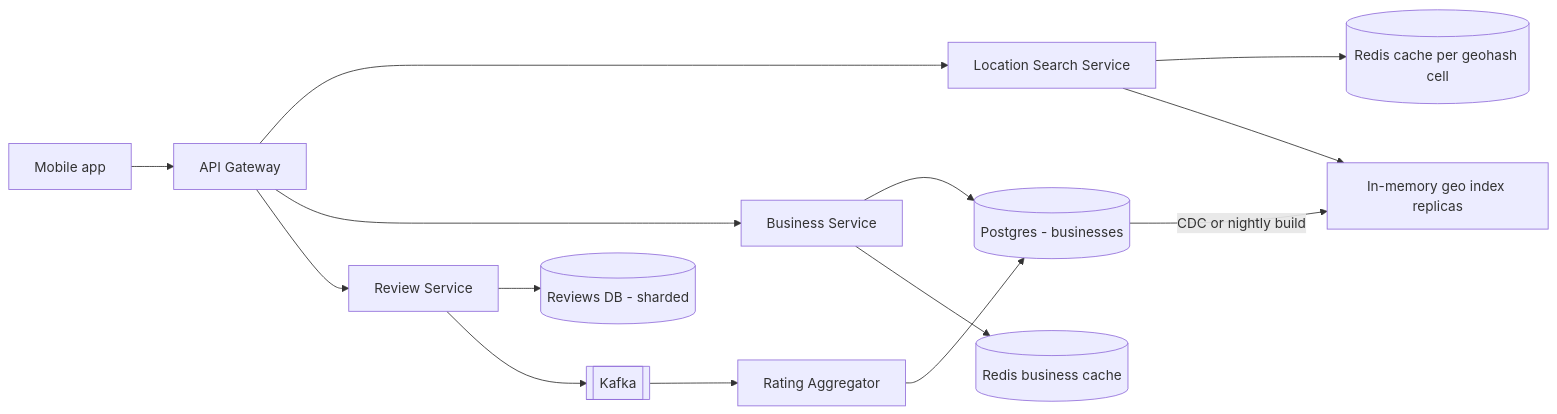
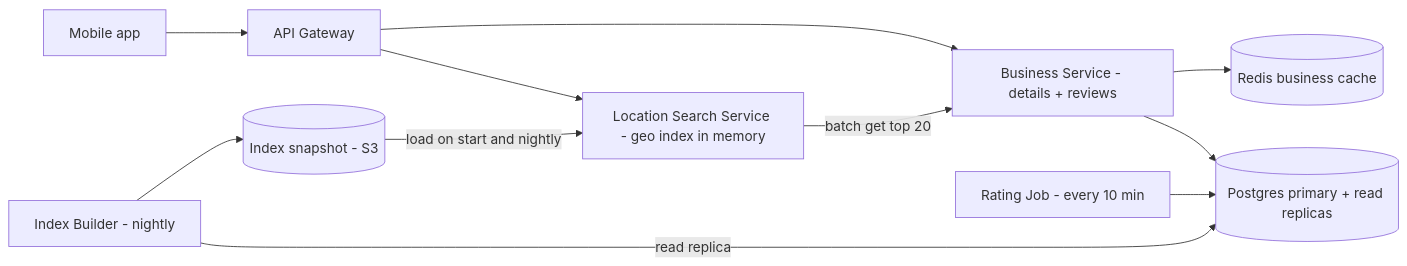
One commit to flow6979/system-design-prep changed the first of 2 diagrams in content-en/02-questions/t2-21-nearby-places.md. Above: the diagram before and after it, drawn with Mermaid. The commit also changed other lines of this file and 61 other files, not shown here.

````diff
--- a/content-en/02-questions/t2-21-nearby-places.md
+++ b/content-en/02-questions/t2-21-nearby-places.md
@@ -75,16 +83,13 @@
 ```mermaid
 flowchart LR
   C["Mobile app"] --> G["API Gateway"]
-  G --> LS["Location Search Service"]
-  G --> BS["Business Service"]
-  G --> RS["Review Service"]
-  LS --> RC[("Redis cache per geohash cell")]
-  LS --> GI["In-memory geo index replicas"]
-  BS --> DB[("Postgres - businesses")]
+  G --> LS["Location Search Service - geo index in memory"]
+  G --> BS["Business Service - details + reviews"]
+  LS -- "batch get top 20" --> BS
   BS --> BC[("Redis business cache")]
-  RS --> RDB[("Reviews DB - sharded")]
-  RS --> K[["Kafka"]]
-  K --> AGG["Rating Aggregator"]
-  AGG --> DB
-  DB -- "CDC or nightly build" --> GI
+  BS --> DB[("Postgres primary + read replicas")]
+  RJ["Rating Job - every 10 min"] --> DB
+  IB["Index Builder - nightly"] -- "read replica" --> DB
+  IB --> S3[("Index snapshot - S3")]
+  S3 -- "load on start and nightly" --> LS
 ```
````
